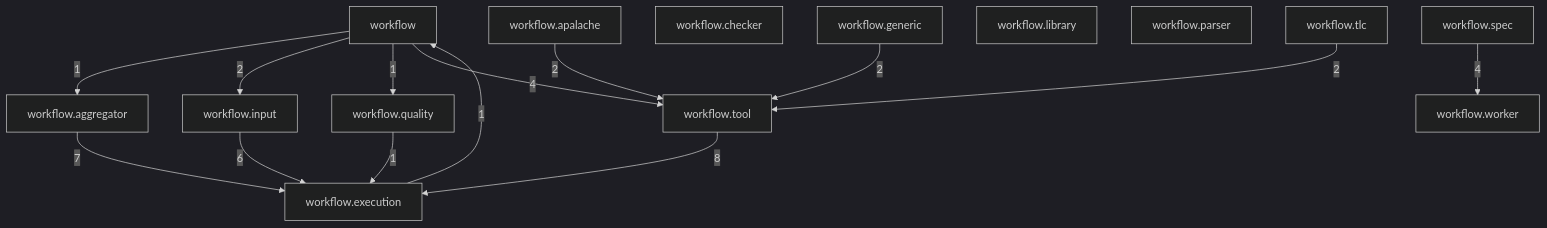
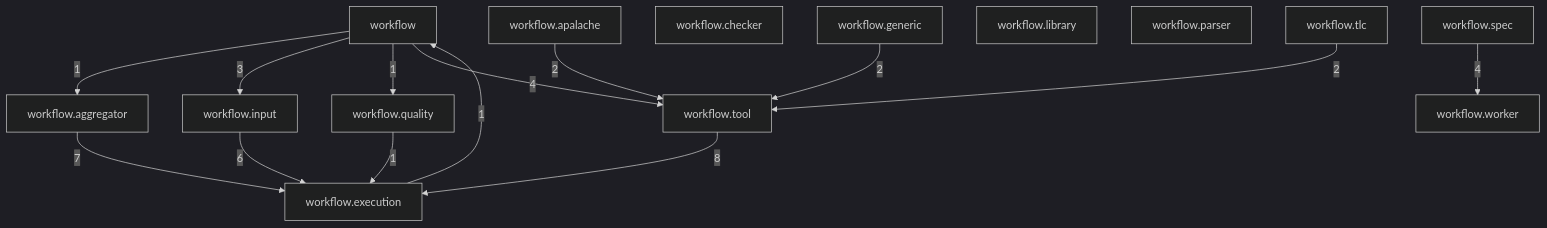
Before and after one commit to tlaplus/model-checker-hardening: the first of 15 diagrams in dev/modules/workflow.md, drawn with Mermaid (dark theme). The commit also changed other lines of this file and 434 other files, not shown here.

````diff
--- a/dev/modules/workflow.md
+++ b/dev/modules/workflow.md
@@ -14,30 +14,30 @@
 ```mermaid
 flowchart TB
   workflow["workflow"]
   workflow_aggregator["workflow.aggregator"]
   workflow_apalache["workflow.apalache"]
   workflow_checker["workflow.checker"]
   workflow_execution["workflow.execution"]
   workflow_generic["workflow.generic"]
   workflow_input["workflow.input"]
   workflow_library["workflow.library"]
   workflow_parser["workflow.parser"]
   workflow_quality["workflow.quality"]
   workflow_spec["workflow.spec"]
   workflow_tlc["workflow.tlc"]
   workflow_tool["workflow.tool"]
   workflow_worker["workflow.worker"]
   workflow -->|1| workflow_aggregator
-  workflow -->|2| workflow_input
+  workflow -->|3| workflow_input
   workflow -->|1| workflow_quality
   workflow -->|4| workflow_tool
   workflow_aggregator -->|7| workflow_execution
   workflow_apalache -->|2| workflow_tool
   workflow_execution -->|1| workflow
   workflow_generic -->|2| workflow_tool
   workflow_input -->|6| workflow_execution
   workflow_quality -->|1| workflow_execution
   workflow_spec -->|4| workflow_worker
   workflow_tlc -->|2| workflow_tool
   workflow_tool -->|8| workflow_execution
 ```
````
